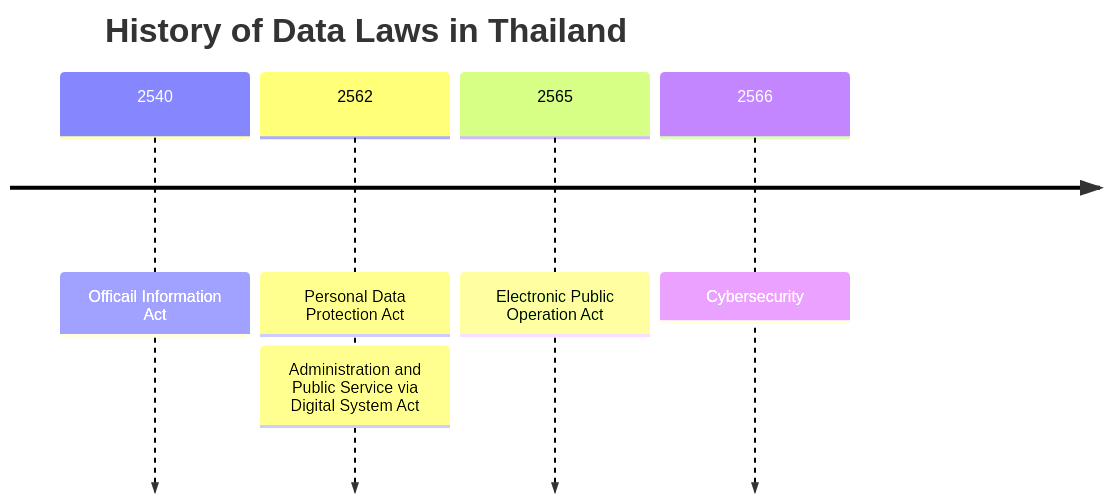
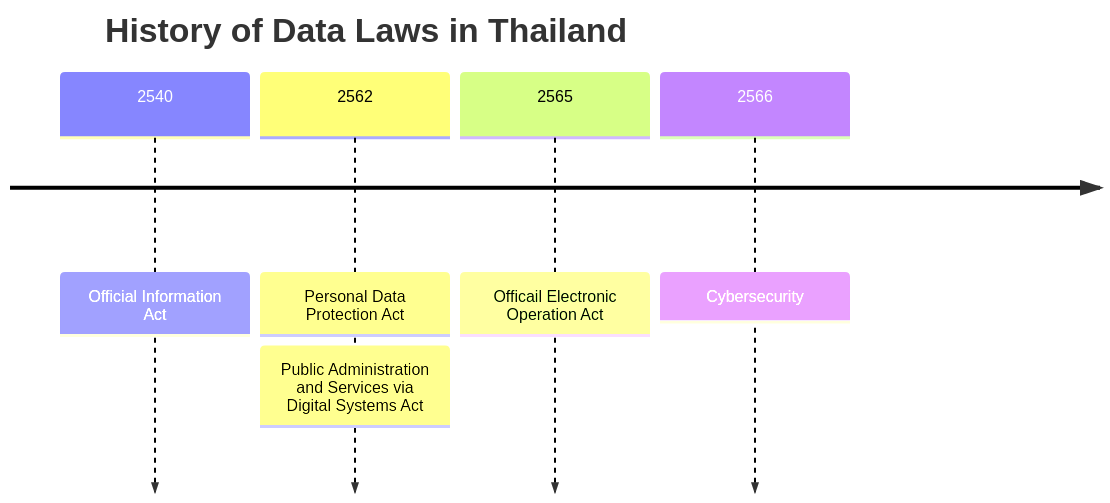
The first of 9 diagrams in README.md (Kietpawpan/pdpa), drawn with Mermaid before and after one commit.

````diff
--- a/README.md
+++ b/README.md
@@ -2,9 +2,9 @@
 ```mermaid
 timeline
     title History of Data Laws in Thailand
-    2540 : Officail Information Act
+    2540 : Official Information Act
     2562 : Personal Data Protection Act
-         : Administration and Public Service via Digital System Act
-    2565 : Electronic Public Operation Act
+         : Public Administration and Services via Digital Systems Act
+    2565 : Officail Electronic Operation Act
     2566 : Cybersecurity
 ```
````
